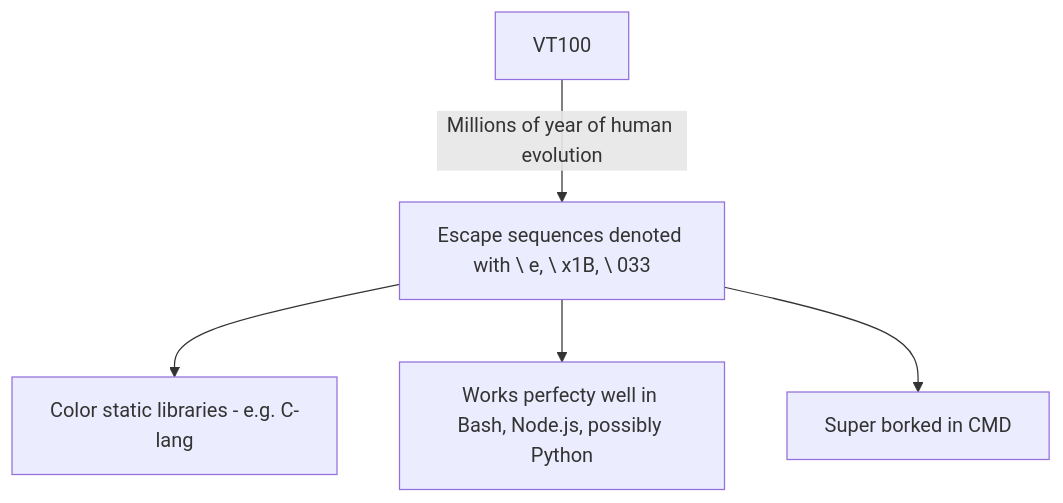
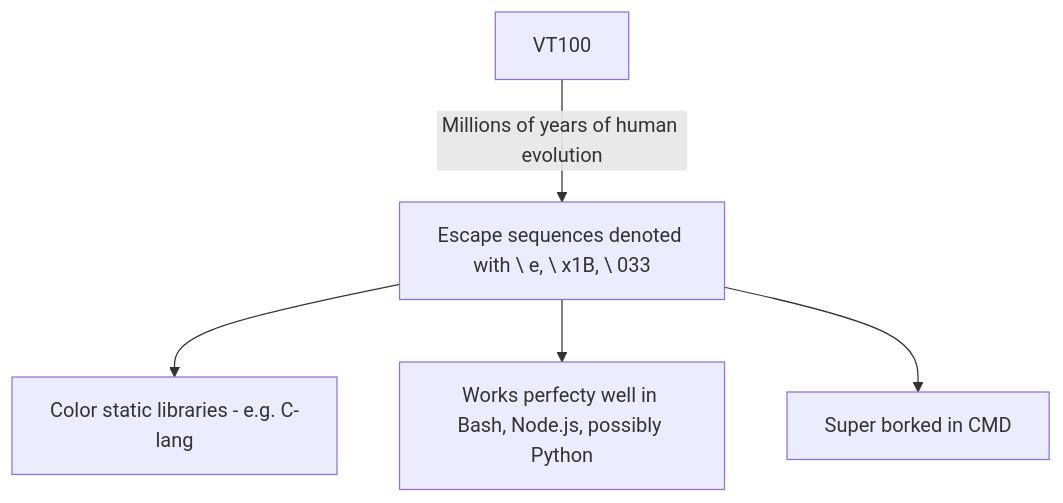
The diagram in readme.md (Matthew0x/ANSI-VT100), drawn with Mermaid before and after one commit.

````diff
--- a/readme.md
+++ b/readme.md
@@ -9,7 +9,7 @@
 ```mermaid
 graph TD;
-  a[VT100]-->|Millions of year of human evolution| b[Escape sequences denoted with \ e, \ x1B, \ 033];
+  a[VT100]-->|Millions of years of human evolution| b[Escape sequences denoted with \ e, \ x1B, \ 033];
   b-->b1[Color static libraries - e.g. C-lang]
   b-->b2[Works perfecty well in Bash, Node.js, possibly Python];
   b-->b3[Super borked in CMD];
 ```
````
